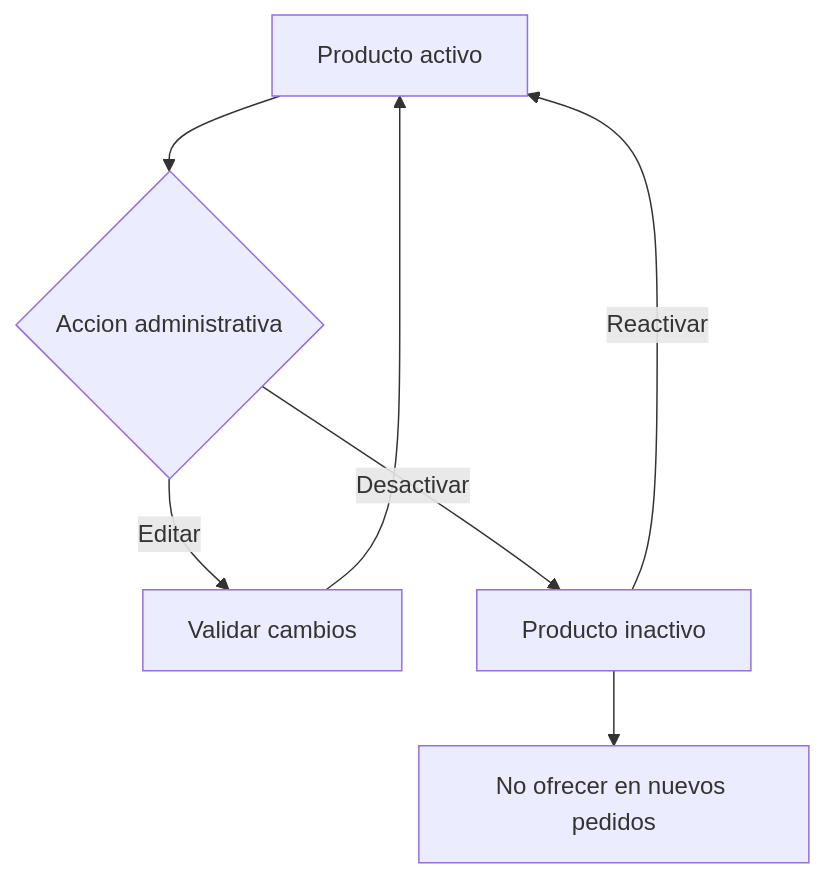
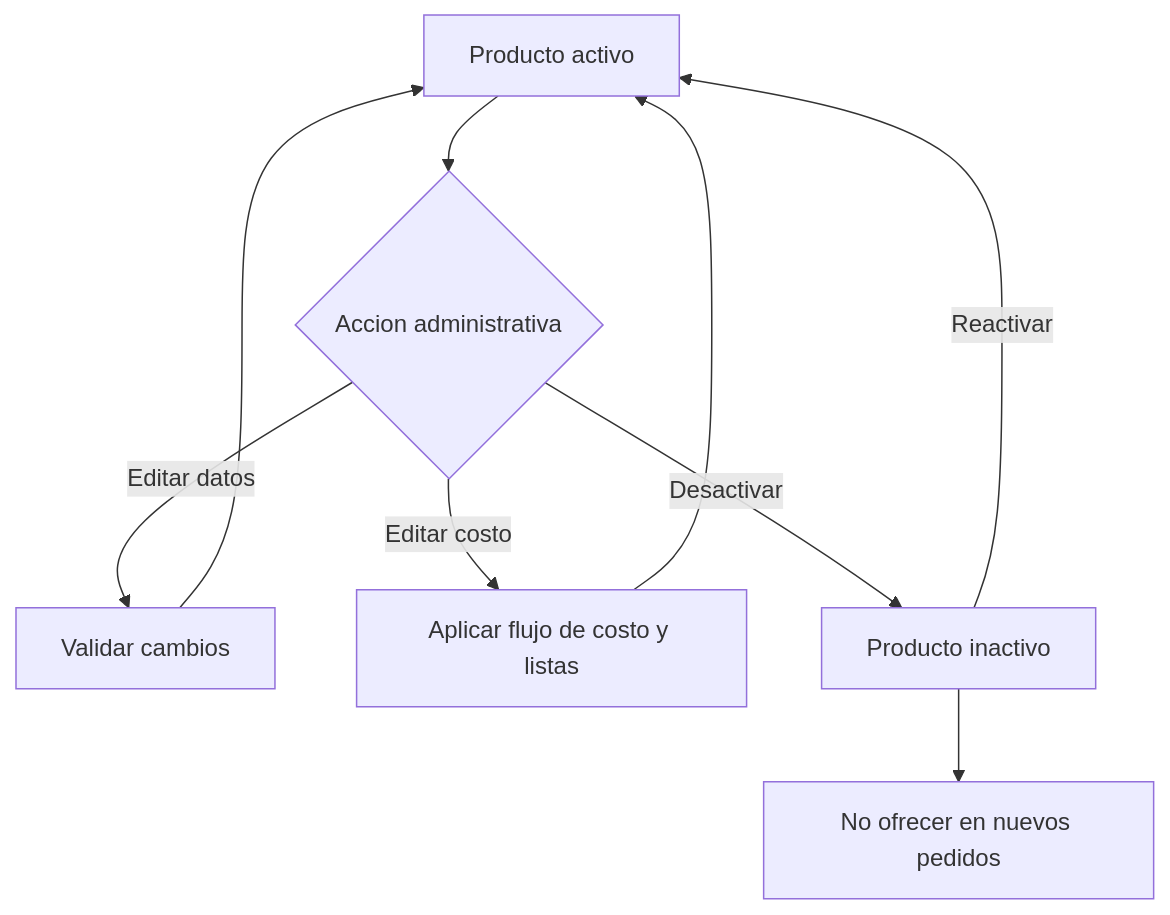
The diagram in docs/diagrams/catalog/flow-product-lifecycle.md (Martinrc93/distribuidoraCore), drawn with Mermaid before and after one commit. The commit also changed other lines of this file and 149 other files, not shown here.

````diff
--- a/docs/diagrams/catalog/flow-product-lifecycle.md
+++ b/docs/diagrams/catalog/flow-product-lifecycle.md
@@ -3,9 +5,11 @@
 ```mermaid
 flowchart TD
     A[Producto activo] --> B{Accion administrativa}
-    B -->|Editar| C[Validar cambios]
+    B -->|Editar datos| C[Validar cambios]
     C --> A
+    B -->|Editar costo| F[Aplicar flujo de costo y listas]
+    F --> A
     B -->|Desactivar| D[Producto inactivo]
     D -->|Reactivar| A
     D --> E[No ofrecer en nuevos pedidos]
 ```
````
